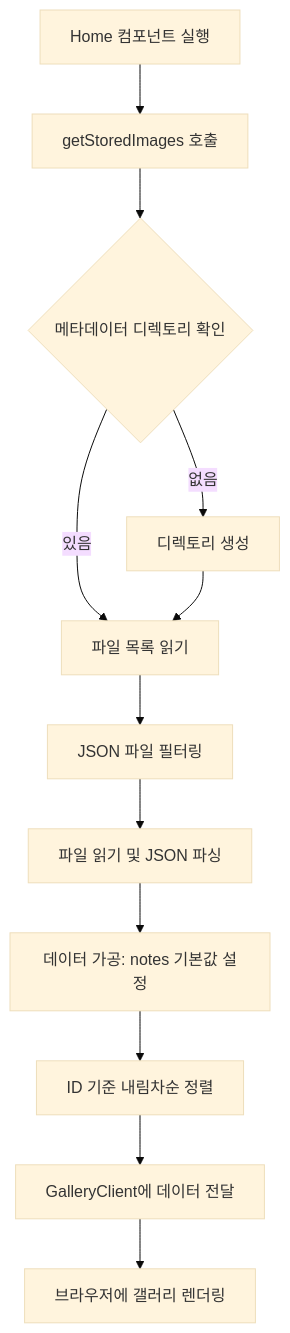
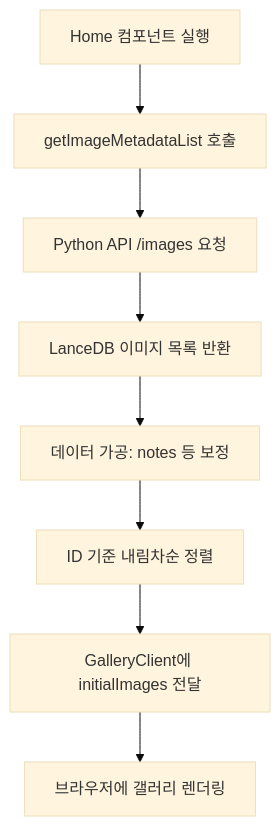
The first of 2 diagrams in src/app/page.md (Podargos37/ai-tag-gallery), drawn with Mermaid (base theme) before and after one commit. The commit also changed other lines of this file and 6 other files, not shown here.

````diff
--- a/src/app/page.md
+++ b/src/app/page.md
@@ -1,14 +1,10 @@
 ```mermaid
 graph TD
-    A[Home 컴포넌트 실행] --> B[getStoredImages 호출]
-    B -->  C{메타데이터 디렉토리 확인}
-    C -- 없음 -->  D[디렉토리 생성]
-    C -- 있음 -->  E[파일 목록 읽기]
-    D -->  E
-    E -->  F[JSON 파일 필터링]
-    F -->  G[파일 읽기 및 JSON 파싱]
-    G -->  H[데이터 가공: notes 기본값 설정]
-    H -->  I[ID 기준 내림차순 정렬]
-    I -->  J[GalleryClient에 데이터 전달]
-    J -->  K[브라우저에 갤러리 렌더링]
+    A[Home 컴포넌트 실행] --> B[getImageMetadataList 호출]
+    B --> C[Python API /images 요청]
+    C --> D[LanceDB 이미지 목록 반환]
+    D --> E[데이터 가공: notes 등 보정]
+    E --> F[ID 기준 내림차순 정렬]
+    F --> G[GalleryClient에 initialImages 전달]
+    G --> H[브라우저에 갤러리 렌더링]
 ```
````
